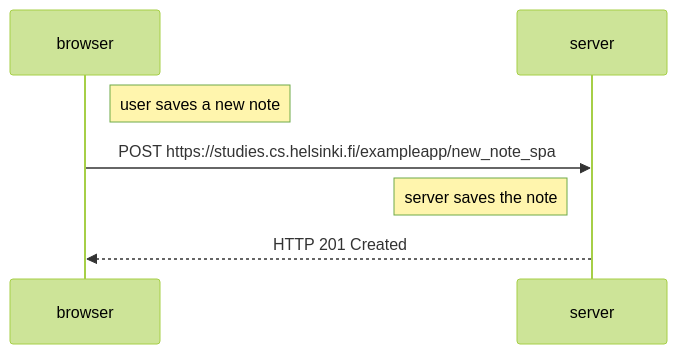
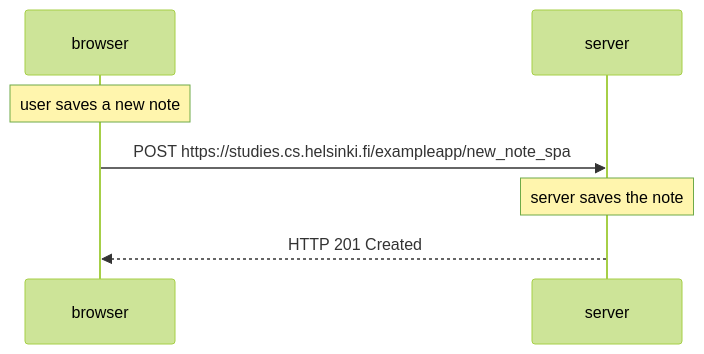
Before and after one commit to lolaaguero/fullStackOpenExercises: the diagram in part0/0.6-new-note-in-SPA-diagram.md, drawn with Mermaid (forest theme). The commit also changed 2 other files, not shown here.

Commit message:
notes fix

````diff
--- a/part0/0.6-new-note-in-SPA-diagram.md
+++ b/part0/0.6-new-note-in-SPA-diagram.md
@@ -1,11 +1,11 @@
 ```mermaid
 
 sequenceDiagram
     participant browser
     participant server
-    Note right of browser: user saves a new note
+    Note over browser: user saves a new note
     browser->>server: POST https://studies.cs.helsinki.fi/exampleapp/new_note_spa
-    Note left of server: server saves the note
+    Note over server: server saves the note
     server-->>browser: HTTP 201 Created
 
 ```
````
